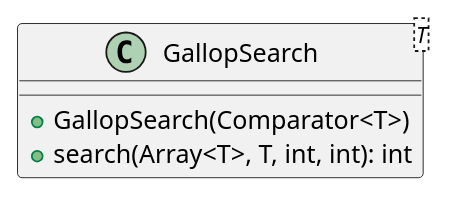
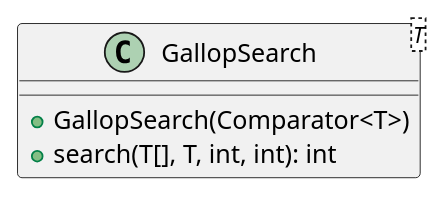
One commit to P-Kalin/kit26a changed the diagram in malokhvii-eduard/malokhvii05/doc/plantuml/ua/khpi/oop/malokhvii05/common/algorithms/search/GallopSearch.puml. Above: the diagram before and after it, drawn with PlantUML. The commit also changed 85 other files, not shown here.

Commit message:
#3 malokhvii05: update graphs

```diff
--- a/malokhvii-eduard/malokhvii05/doc/plantuml/ua/khpi/oop/malokhvii05/common/algorithms/search/GallopSearch.puml
+++ b/malokhvii-eduard/malokhvii05/doc/plantuml/ua/khpi/oop/malokhvii05/common/algorithms/search/GallopSearch.puml
@@ -1,8 +1,8 @@
 @startuml
 
     class GallopSearch<T> {
         +GallopSearch(Comparator<T>)
-        +search(Array<T>, T, int, int): int
+        +search(T[], T, int, int): int
     }
 
 @enduml
```
